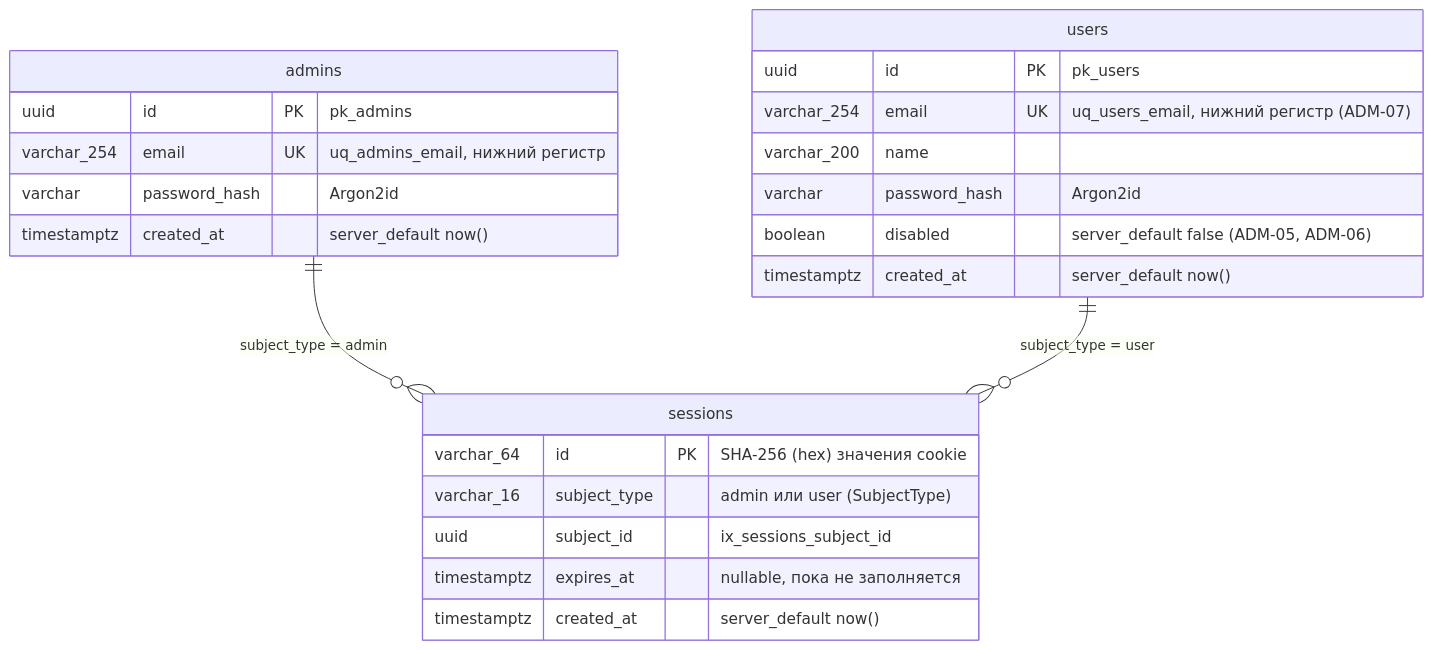
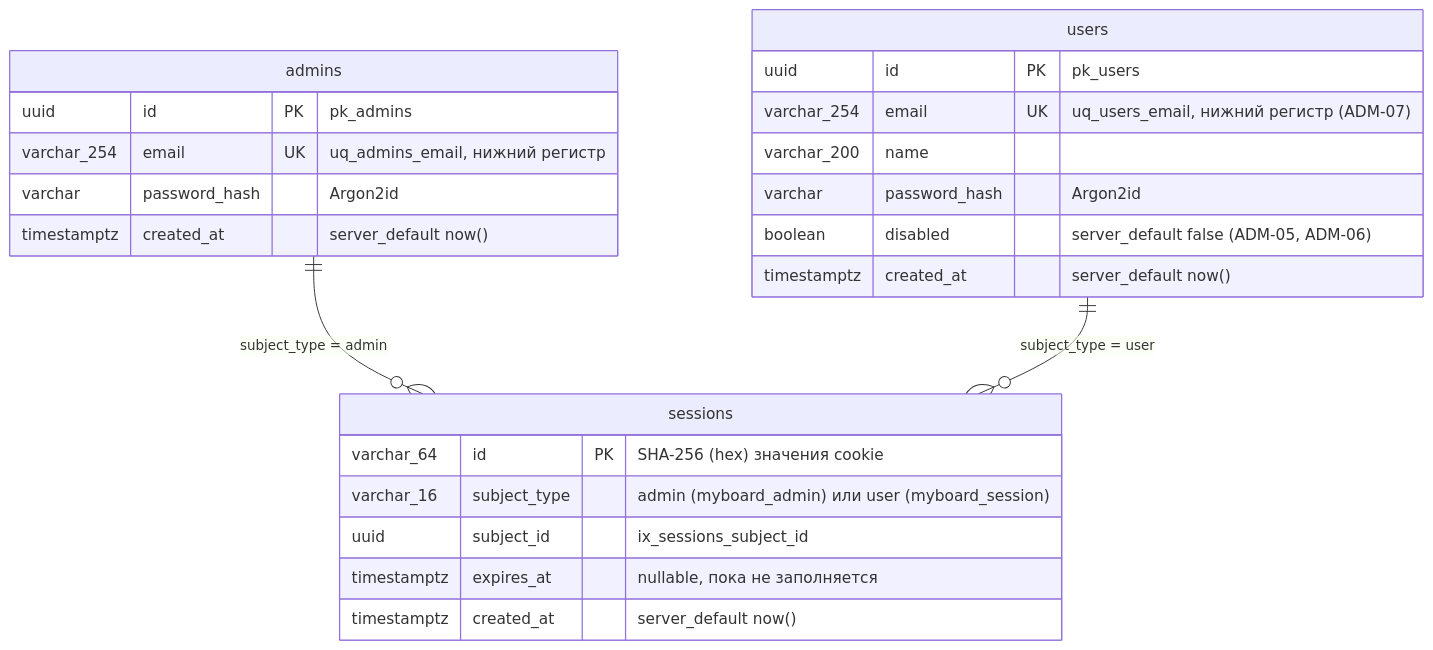
Before and after one commit to shumakove/myboard: the diagram in uml/data-model.md, drawn with Mermaid. The commit also changed other lines of this file and 5 other files, not shown here.

First line of the commit message:
T1.2: Обновить UML по входу пользователя досок

````diff
--- a/uml/data-model.md
+++ b/uml/data-model.md
@@ -5,26 +5,26 @@
 ```mermaid
 erDiagram
   admins {
     uuid id PK "pk_admins"
     varchar_254 email UK "uq_admins_email, нижний регистр"
     varchar password_hash "Argon2id"
     timestamptz created_at "server_default now()"
   }
   users {
     uuid id PK "pk_users"
     varchar_254 email UK "uq_users_email, нижний регистр (ADM-07)"
     varchar_200 name
     varchar password_hash "Argon2id"
     boolean disabled "server_default false (ADM-05, ADM-06)"
     timestamptz created_at "server_default now()"
   }
   sessions {
     varchar_64 id PK "SHA-256 (hex) значения cookie"
-    varchar_16 subject_type "admin или user (SubjectType)"
+    varchar_16 subject_type "admin (myboard_admin) или user (myboard_session)"
     uuid subject_id "ix_sessions_subject_id"
     timestamptz expires_at "nullable, пока не заполняется"
     timestamptz created_at "server_default now()"
   }
   admins ||--o{ sessions : "subject_type = admin"
   users ||--o{ sessions : "subject_type = user"
 ```
````
